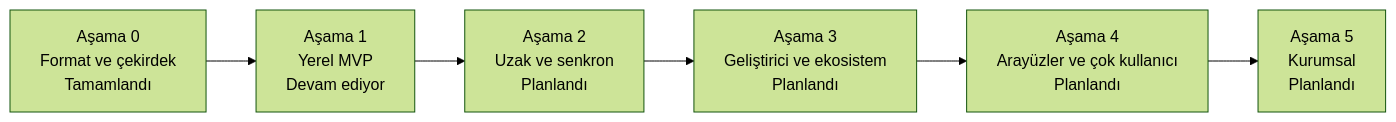
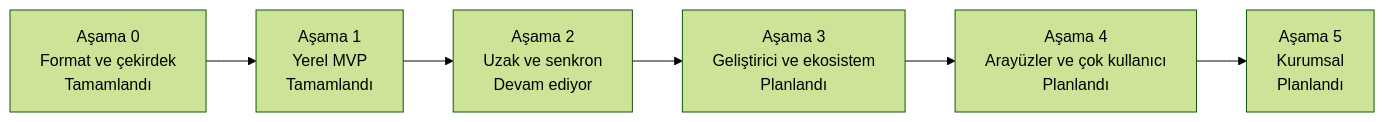
The diagram in docs/ROADMAP.tr.md (efe-clk/apeiron), drawn with Mermaid (forest theme) before and after one commit. The commit also changed other lines of this file and 8 other files, not shown here.

````diff
--- a/docs/ROADMAP.tr.md
+++ b/docs/ROADMAP.tr.md
@@ -11,10 +11,10 @@
 ```mermaid
 flowchart LR
     S0["Aşama 0<br/>Format ve çekirdek<br/>Tamamlandı"]
-    S1["Aşama 1<br/>Yerel MVP<br/>Devam ediyor"]
-    S2["Aşama 2<br/>Uzak ve senkron<br/>Planlandı"]
+    S1["Aşama 1<br/>Yerel MVP<br/>Tamamlandı"]
+    S2["Aşama 2<br/>Uzak ve senkron<br/>Devam ediyor"]
     S3["Aşama 3<br/>Geliştirici ve ekosistem<br/>Planlandı"]
     S4["Aşama 4<br/>Arayüzler ve çok kullanıcı<br/>Planlandı"]
     S5["Aşama 5<br/>Kurumsal<br/>Planlandı"]
     S0 --> S1 --> S2 --> S3 --> S4 --> S5
 ```
````
